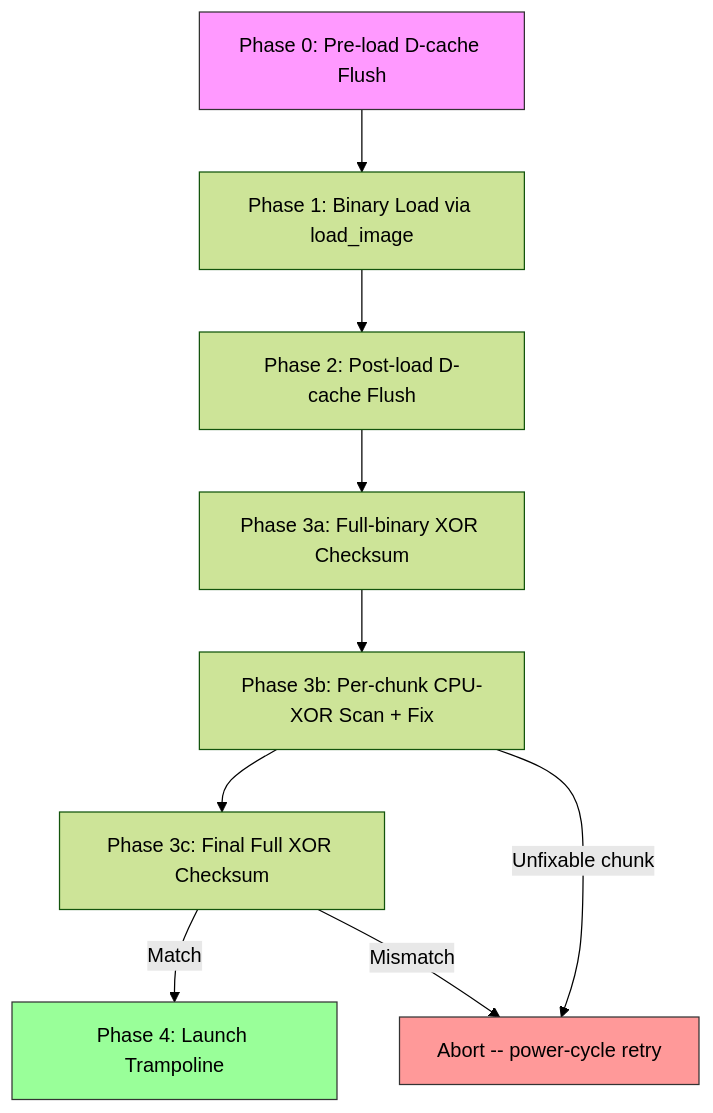
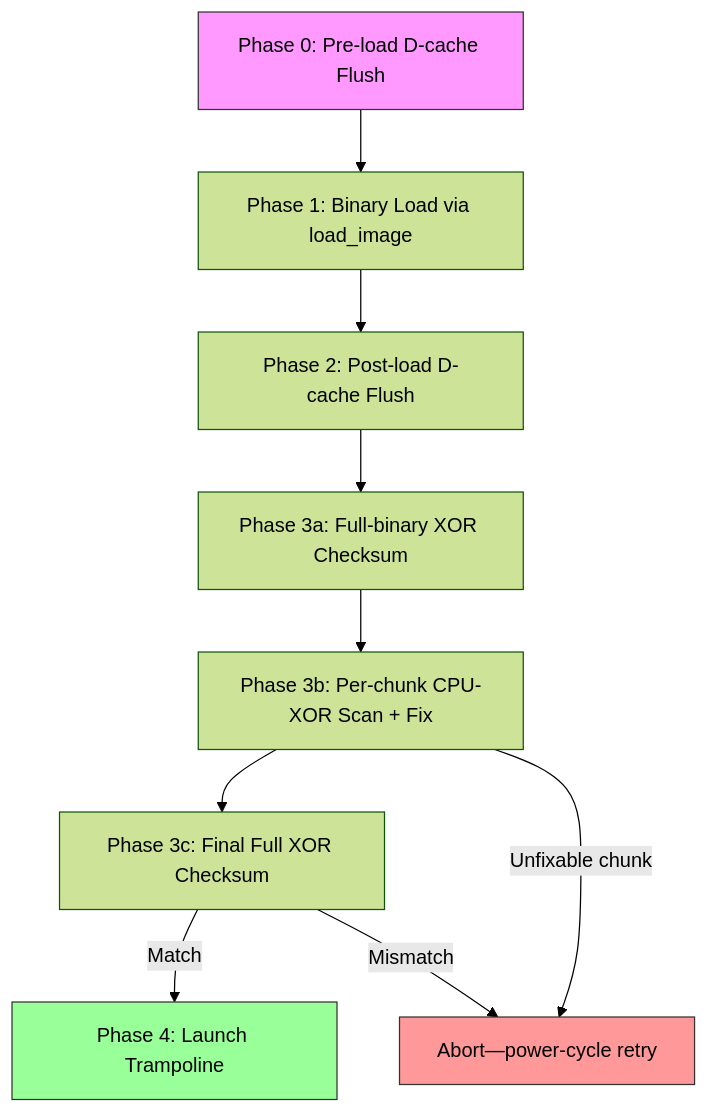
One commit to bsikar/mr18-openwrt changed the diagram in docs/technical/image-loading.md. Above: the diagram before and after it, drawn with Mermaid (forest theme). The commit also changed other lines of this file and 38 other files, not shown here.

````diff
--- a/docs/technical/image-loading.md
+++ b/docs/technical/image-loading.md
@@ -7,23 +7,23 @@
 ```mermaid
 flowchart TD
     P0["Phase 0: Pre-load D-cache Flush"]
     P1["Phase 1: Binary Load via load_image"]
     P2["Phase 2: Post-load D-cache Flush"]
     P3a["Phase 3a: Full-binary XOR Checksum"]
     P3b["Phase 3b: Per-chunk CPU-XOR Scan + Fix"]
     P3c["Phase 3c: Final Full XOR Checksum"]
     P4["Phase 4: Launch Trampoline"]
 
     P0 --> P1
     P1 --> P2
     P2 --> P3a
     P3a --> P3b
     P3b --> P3c
     P3c -->|Match| P4
-    P3c -->|Mismatch| ABORT["Abort -- power-cycle retry"]
+    P3c -->|Mismatch| ABORT["Abort—power-cycle retry"]
     P3b -->|Unfixable chunk| ABORT
 
     style P0 fill:#f9f,stroke:#333
     style P4 fill:#9f9,stroke:#333
     style ABORT fill:#f99,stroke:#333
 ```
````
